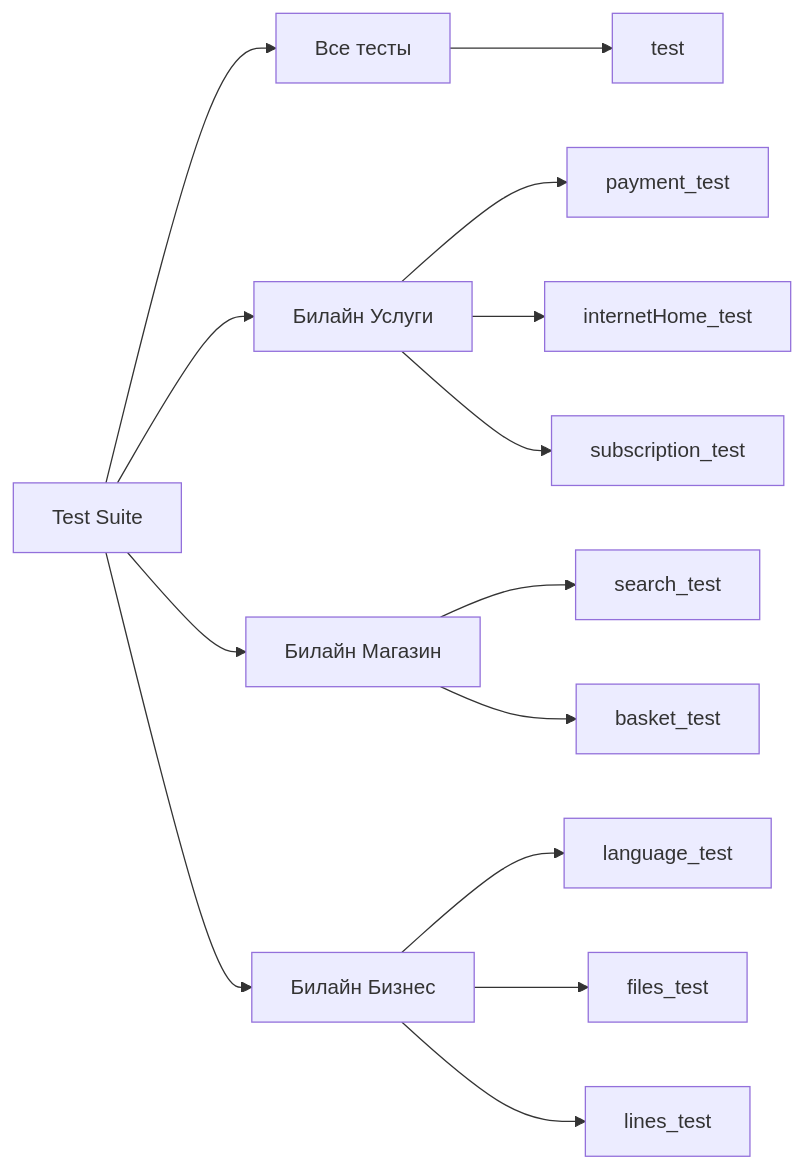
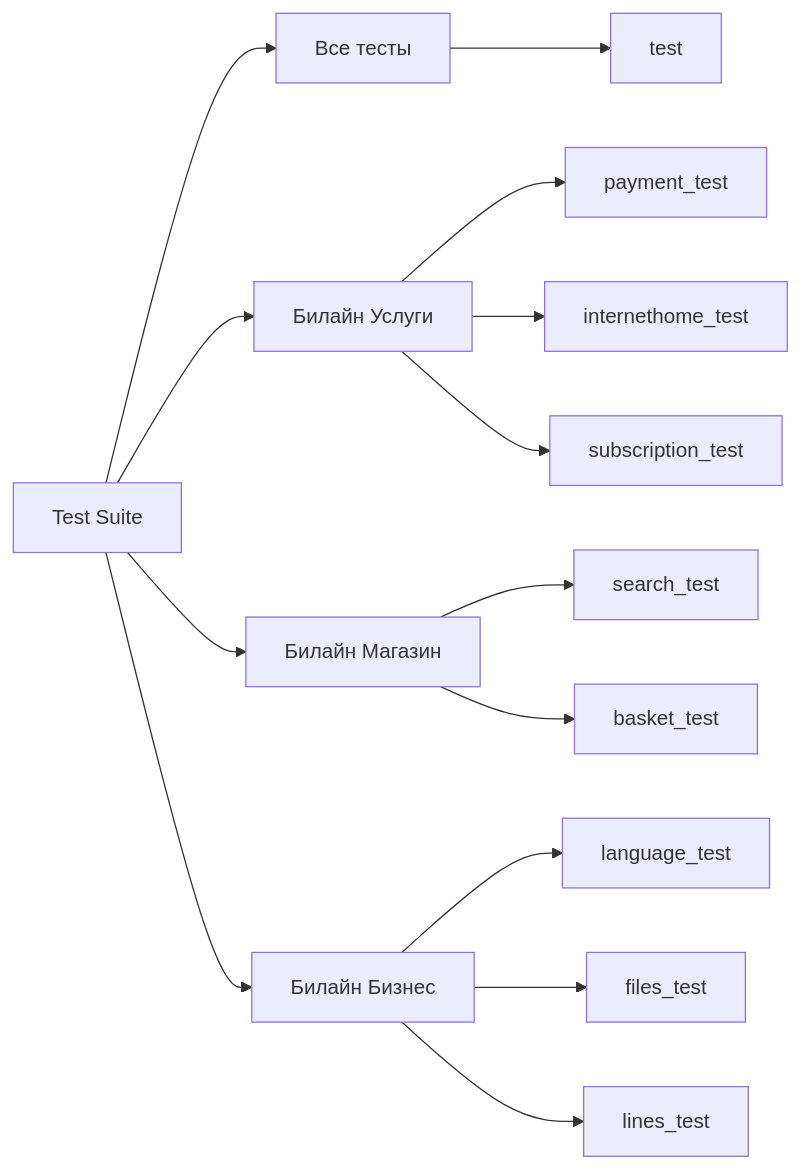
Before and after one commit to Melnikov-A/Beeline_UI_autotests: the diagram in README.md, drawn with Mermaid. The commit also changed 5 other files, not shown here.

````diff
--- a/README.md
+++ b/README.md
@@ -100,12 +100,12 @@
 ```mermaid
 flowchart LR
     A[Test Suite] --> B[Все тесты] --> C[test]
     A[Test Suite] --> D[Билайн Услуги] -->E[payment_test]
-    D-->F[internetHome_test]
+    D-->F[internethome_test]
     D-->G[subscription_test]
     A[Test Suite] -->H[Билайн Магазин] -->I[search_test]
     H-->J[basket_test]
     A[Test Suite] -->K[Билайн Бизнес] -->L[language_test]
     K-->M[files_test]
     K-->N[lines_test]
 ```
````
